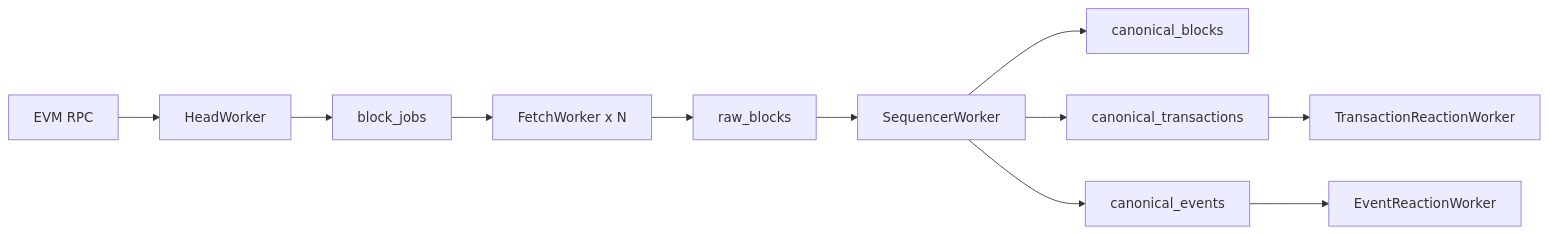
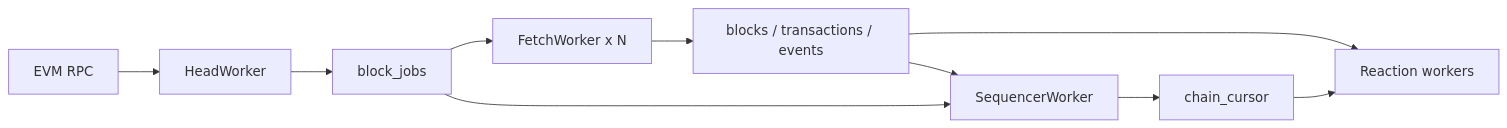
One commit to drillcoder/voryn changed the diagram in README.md. Above: the diagram before and after it, drawn with Mermaid. The commit also changed other lines of this file and 2 other files, not shown here.

````diff
--- a/README.md
+++ b/README.md
@@ -48,13 +48,12 @@
 ```mermaid
 flowchart LR
     RPC["EVM RPC"] --> Head["HeadWorker"]
     Head --> Jobs["block_jobs"]
     Jobs --> Fetch["FetchWorker x N"]
-    Fetch --> Raw["raw_blocks"]
-    Raw --> Sequencer["SequencerWorker"]
-    Sequencer --> Blocks["canonical_blocks"]
-    Sequencer --> Txs["canonical_transactions"]
-    Sequencer --> Events["canonical_events"]
-    Txs --> TxReaction["TransactionReactionWorker"]
-    Events --> EventReaction["EventReactionWorker"]
+    Fetch --> Data["blocks / transactions / events"]
+    Data --> Sequencer["SequencerWorker"]
+    Jobs --> Sequencer
+    Sequencer --> Cursor["chain_cursor"]
+    Data --> Reactions["Reaction workers"]
+    Cursor --> Reactions
 ```
````
